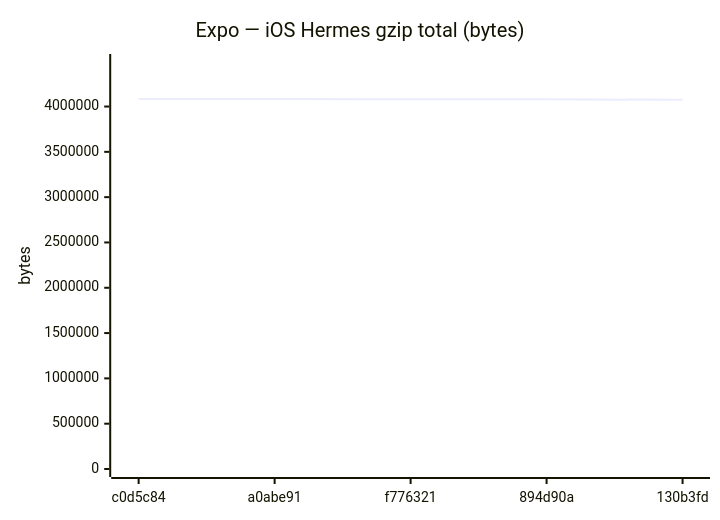
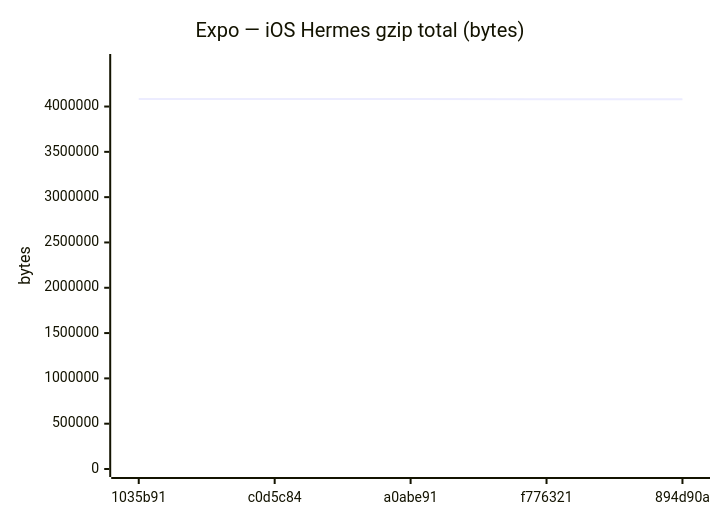
Before and after one commit to Metaheurist/Rianell: diagram 12 of 18 in benchmarks/compare.md, drawn with Mermaid. The commit also changed other lines of this file and 11 other files, not shown here.

````diff
--- a/benchmarks/compare.md
+++ b/benchmarks/compare.md
@@ -179,7 +179,7 @@
 ```mermaid
 xychart-beta
     title "Expo — iOS Hermes gzip total (bytes)"
-    x-axis ["c0d5c84", "a0abe91", "f776321", "894d90a", "130b3fd"]
-    y-axis "bytes" 0 --> 4491418
-    line [4083106, 4083107, 4079675, 4079243, 4074172]
+    x-axis ["1035b91", "c0d5c84", "a0abe91", "f776321", "894d90a"]
+    y-axis "bytes" 0 --> 4491419
+    line [4083108, 4083106, 4083107, 4079675, 4079243]
 ```
````
